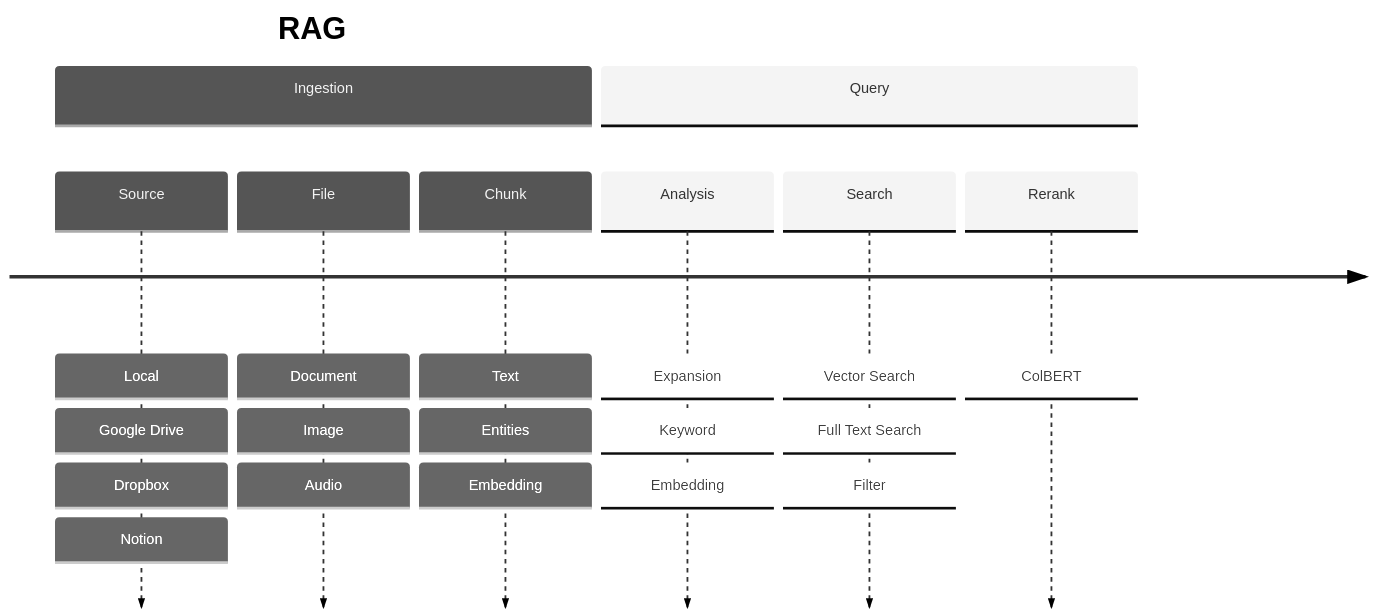
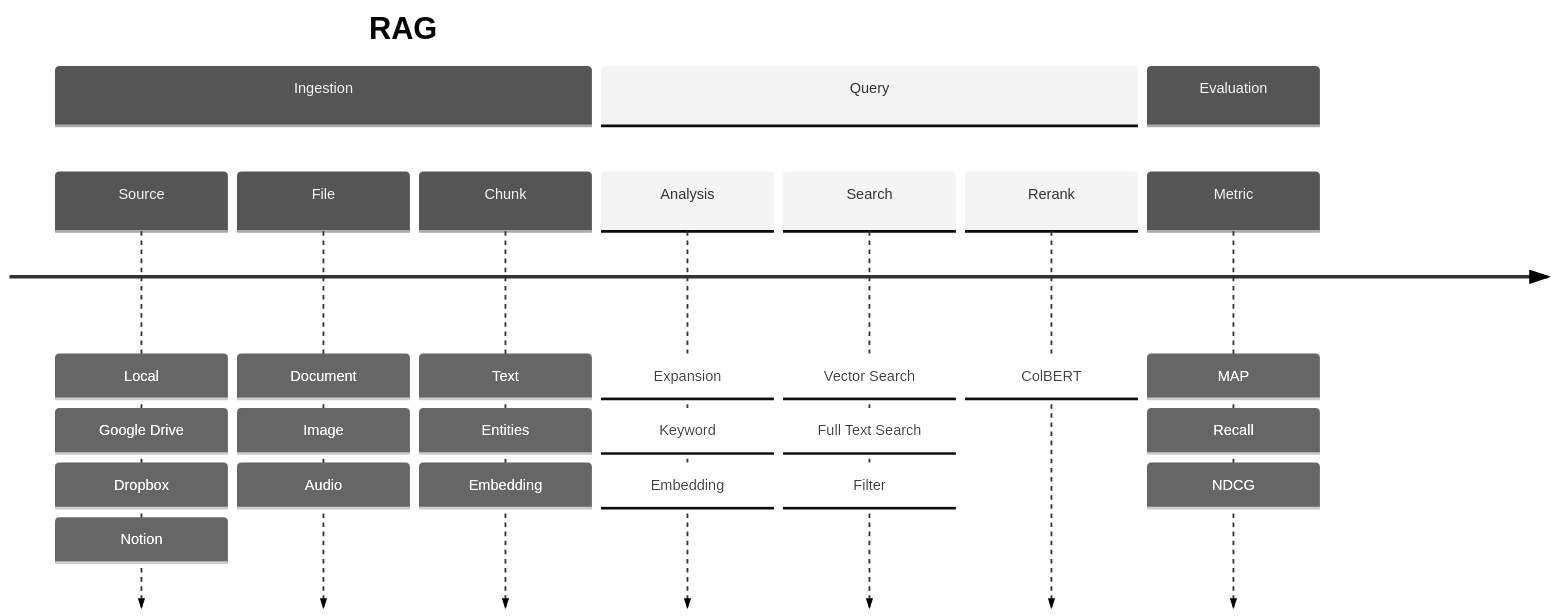
The diagram in README.md (tensorchord/vechord), drawn with Mermaid (neutral theme) before and after one commit. The commit also changed other lines of this file and 25 other files, not shown here.

````diff
--- a/README.md
+++ b/README.md
@@ -7,23 +7,27 @@
 ```mermaid
 timeline
     title RAG
     section Ingestion
         Source: Local
               : Google Drive
               : Dropbox
               : Notion
         File: Document
             : Image
             : Audio
         Chunk: Text
              : Entities
              : Embedding
     section Query
         Analysis: Expansion
                 : Keyword
                 : Embedding
         Search: Vector Search
               : Full Text Search
               : Filter
         Rerank: ColBERT
+    section Evaluation
+        Metric: MAP
+              : Recall
+              : NDCG
 ```
````
